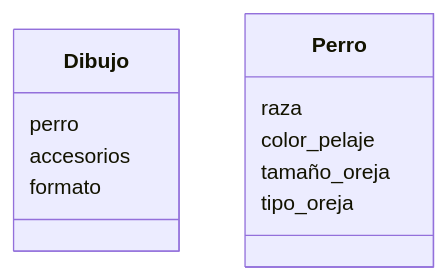
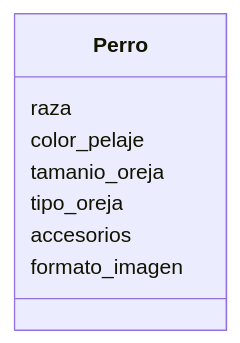
Before and after one commit to bk320/psg-oop-2025: the diagram in retos_sesion_01/ejercicio_03.md, drawn with Mermaid. The commit also changed other lines of this file and 2 other files, not shown here.

````diff
--- a/retos_sesion_01/ejercicio_03.md
+++ b/retos_sesion_01/ejercicio_03.md
@@ -64,14 +53,11 @@
 ```mermaid
 classDiagram
-    class Dibujo{
-        perro
-        accesorios
-        formato
-    }
     class Perro{
         raza
         color_pelaje
-        tamaño_oreja
+        tamanio_oreja
         tipo_oreja
+        accesorios
+        formato_imagen
     }
 ```
````
